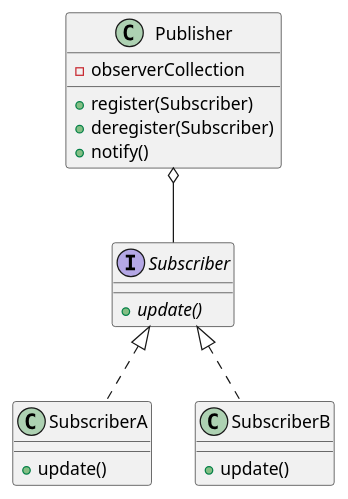
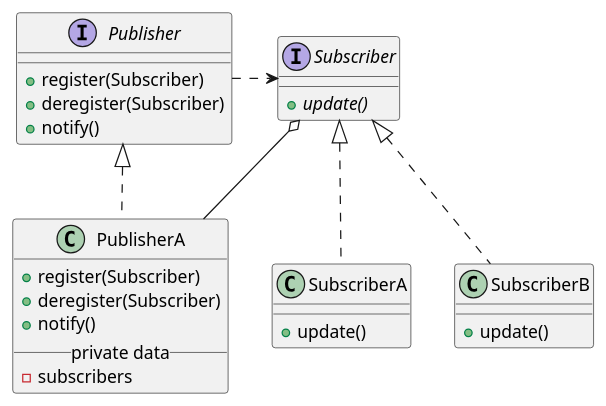
Before and after one commit to JurajX/Notes: the diagram in DesignPatterns/Observer/theory.puml, drawn with PlantUML. The commit also changed 7 other files, not shown here.

```diff
--- a/DesignPatterns/Observer/theory.puml
+++ b/DesignPatterns/Observer/theory.puml
@@ -1,29 +1,40 @@
 @startuml
 
-class Publisher
+interface Publisher
 {
-    - observerCollection
     + register(Subscriber)
     + deregister(Subscriber)
     + notify()
 }
+
+class PublisherA
+{
+    + register(Subscriber)
+    + deregister(Subscriber)
+    + notify()
+    __ private data __
+    - subscribers
+}
+
+Publisher <|.. PublisherA
+Subscriber o-- PublisherA
 
 interface Subscriber
 {
     + {abstract} update()
 }
 
 class SubscriberA
 {
     + update()
 }
 class SubscriberB
 {
     + update()
 }
 
-Publisher o-- Subscriber
+Publisher .> Subscriber
 Subscriber <|.. SubscriberA
 Subscriber <|.. SubscriberB
 
 @enduml
```
